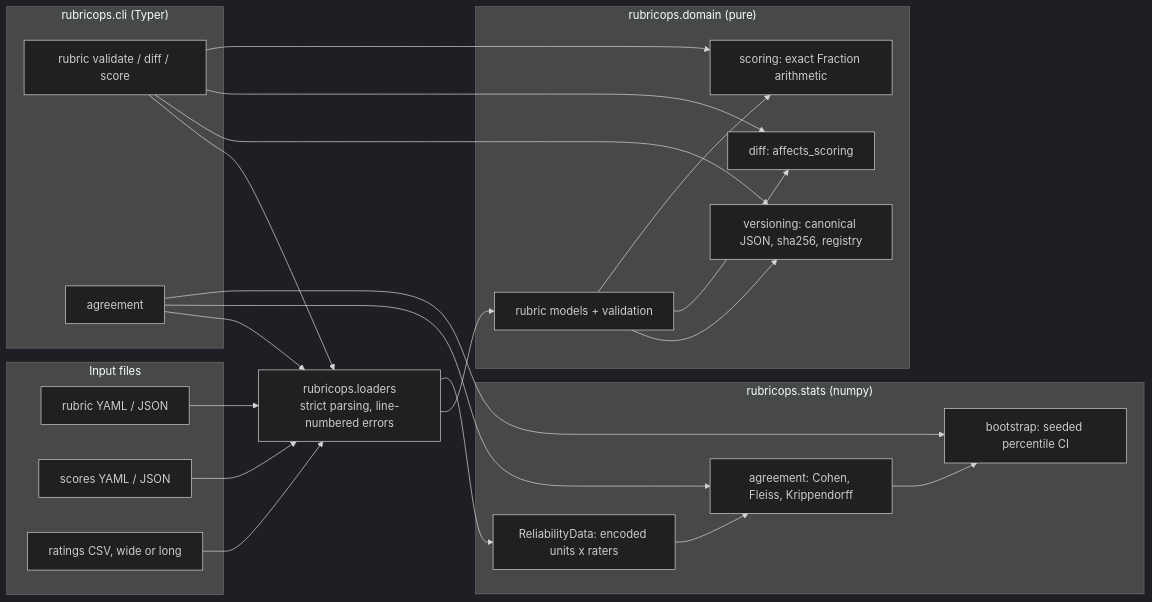
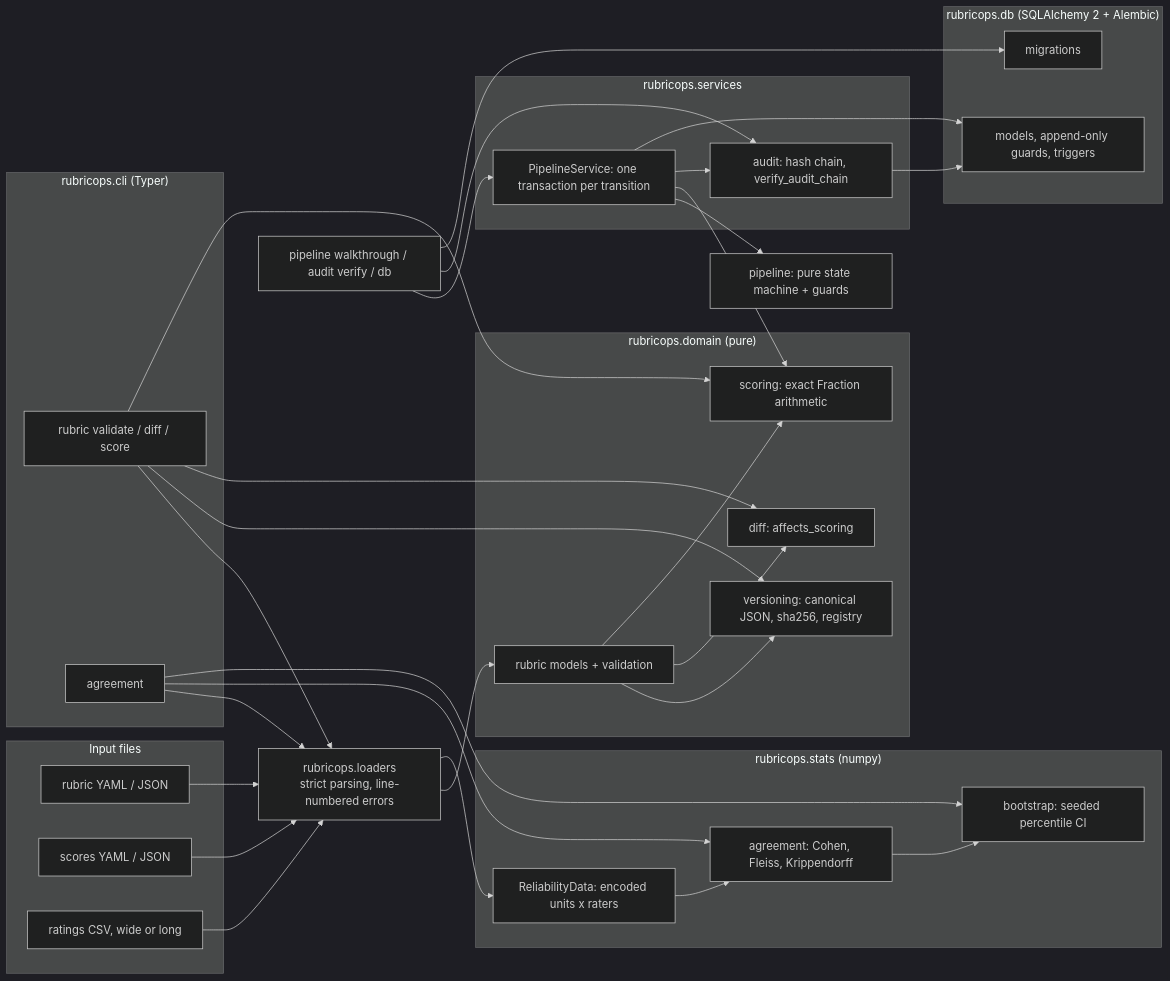
The diagram in README.md (vipul21435/rubricops), drawn with Mermaid (dark theme) before and after one commit. The commit also changed other lines of this file and 16 other files, not shown here.

First line of the commit message:
feat(cli): add pipeline walkthrough and audit verify, and document slice 3

````diff
--- a/README.md
+++ b/README.md
@@ -150,41 +233,59 @@
 ```mermaid
 flowchart LR
     subgraph files["Input files"]
         RY["rubric YAML / JSON"]
         SY["scores YAML / JSON"]
         RC["ratings CSV, wide or long"]
     end
     subgraph cli["rubricops.cli (Typer)"]
         C1["rubric validate / diff / score"]
         C2["agreement"]
     end
     L["rubricops.loaders<br/>strict parsing, line-numbered errors"]
     subgraph domain["rubricops.domain (pure)"]
         M["rubric models + validation"]
         V["versioning: canonical JSON, sha256, registry"]
         D["diff: affects_scoring"]
         S["scoring: exact Fraction arithmetic"]
     end
     subgraph stats["rubricops.stats (numpy)"]
         RD["ReliabilityData: encoded units x raters"]
         AG["agreement: Cohen, Fleiss, Krippendorff"]
         BS["bootstrap: seeded percentile CI"]
     end
+    subgraph services["rubricops.services"]
+        PS["PipelineService: one transaction per transition"]
+        AU["audit: hash chain, verify_audit_chain"]
+    end
+    subgraph db["rubricops.db (SQLAlchemy 2 + Alembic)"]
+        MO["models, append-only guards, triggers"]
+        MG["migrations"]
+    end
+    C3["pipeline walkthrough / audit verify / db"]
+    P["pipeline: pure state machine + guards"]
     RY --> L
     SY --> L
     RC --> L
     C1 --> L
     C2 --> L
     L --> M
     M --> V
     M --> D
     M --> S
     L --> RD
     RD --> AG
     AG --> BS
     C1 --> V
     C1 --> D
     C1 --> S
     C2 --> AG
     C2 --> BS
+    C3 --> PS
+    C3 --> AU
+    C3 --> MG
+    PS --> P
+    PS --> S
+    PS --> AU
+    PS --> MO
+    AU --> MO
 ```
````
